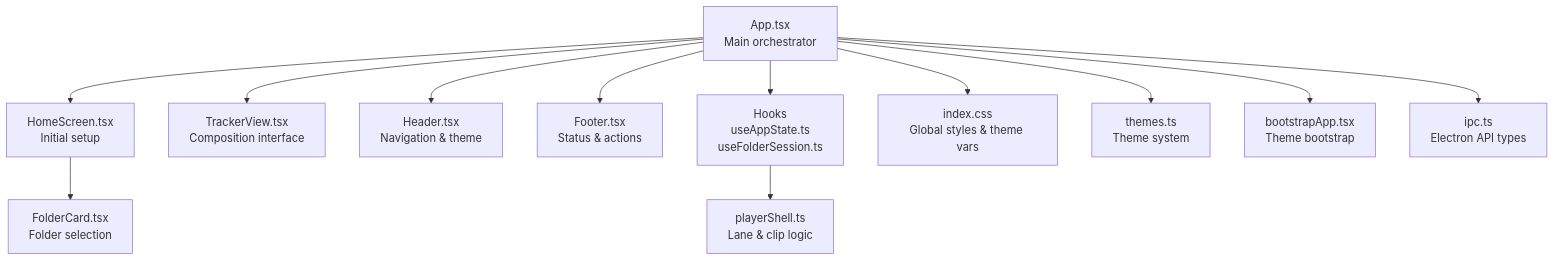
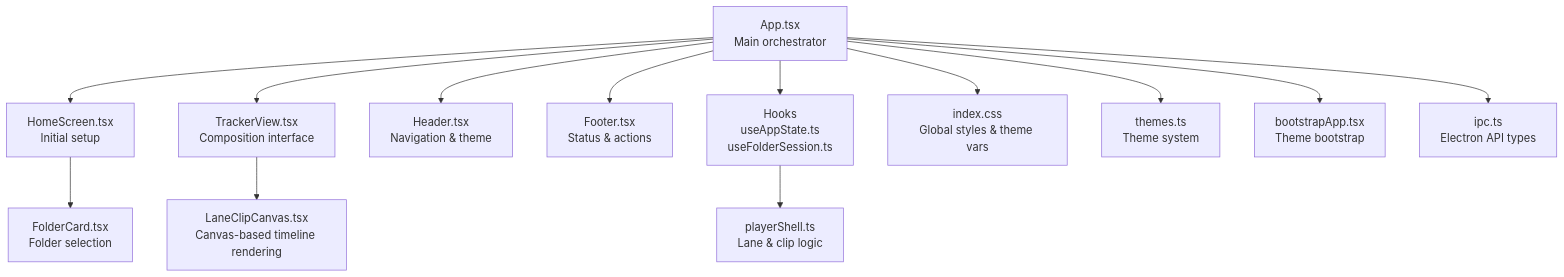
The first of 7 diagrams in .qoder/repowiki/en/content/Core Components/UI Components.md (satyrlord/mixjam-electron), drawn with Mermaid before and after one commit. The commit also changed other lines of this file and 14 other files, not shown here.

````diff
--- a/.qoder/repowiki/en/content/Core Components/UI Components.md
+++ b/.qoder/repowiki/en/content/Core Components/UI Components.md
@@ -37,14 +46,15 @@
 ```mermaid
 graph TB
 App["App.tsx<br/>Main orchestrator"] --> Home["HomeScreen.tsx<br/>Initial setup"]
 App --> Tracker["TrackerView.tsx<br/>Composition interface"]
 Home --> FolderCard["FolderCard.tsx<br/>Folder selection"]
+Tracker --> LaneClipCanvas["LaneClipCanvas.tsx<br/>Canvas-based timeline rendering"]
 App --> Header["Header.tsx<br/>Navigation & theme"]
 App --> Footer["Footer.tsx<br/>Status & actions"]
 App --> Hooks["Hooks<br/>useAppState.ts<br/>useFolderSession.ts"]
 Hooks --> PlayerShell["playerShell.ts<br/>Lane & clip logic"]
 App --> Styles["index.css<br/>Global styles & theme vars"]
 App --> Themes["themes.ts<br/>Theme system"]
 App --> Bootstrap["bootstrapApp.tsx<br/>Theme bootstrap"]
 App --> IPC["ipc.ts<br/>Electron API types"]
 ```
````
